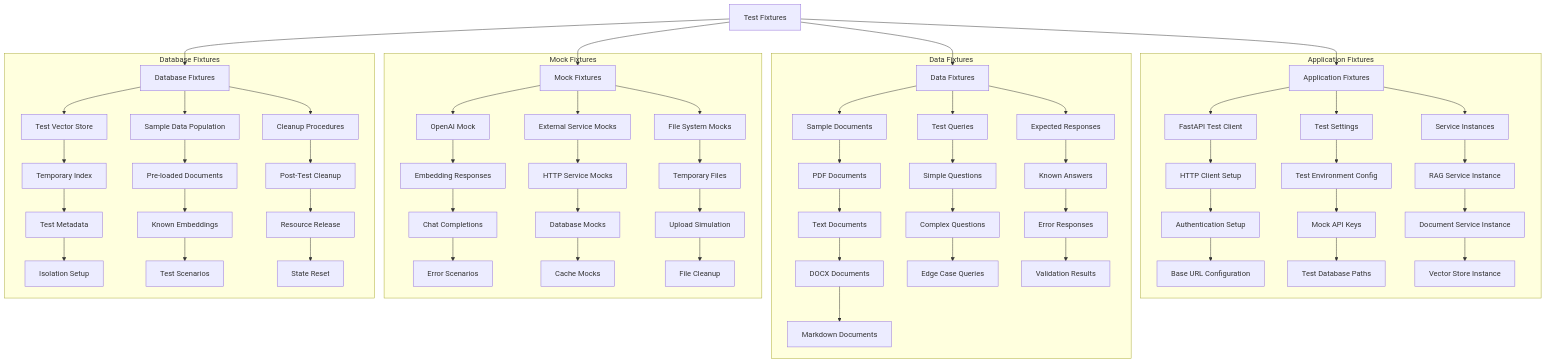
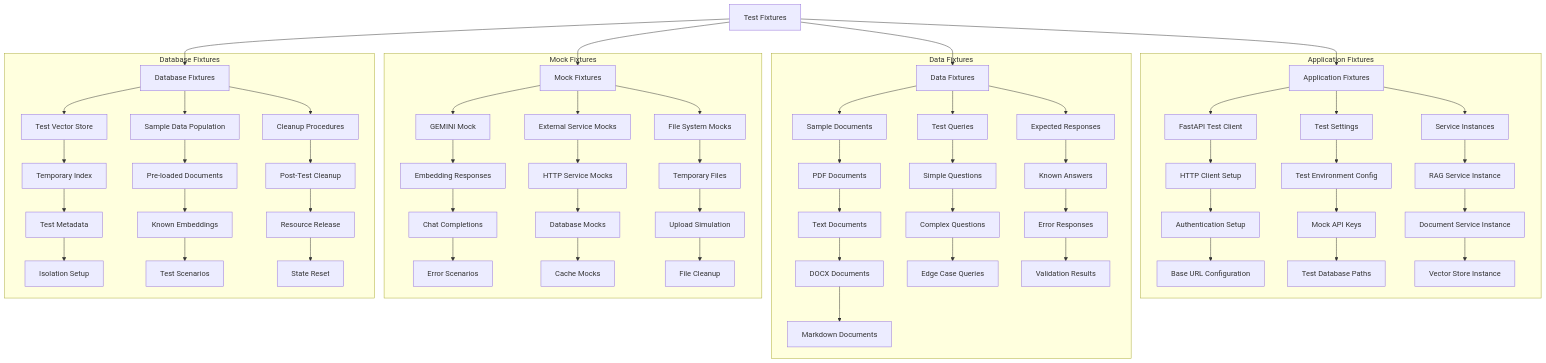
One commit to rahulsamant37/HackRx_Bajaj_Hackathon changed the third of 9 diagrams in docs/diagrams/phase-4-testing-framework-workflow.md. Above: the diagram before and after it, drawn with Mermaid. The commit also changed other lines of this file and 9 other files, not shown here.

````diff
--- a/docs/diagrams/phase-4-testing-framework-workflow.md
+++ b/docs/diagrams/phase-4-testing-framework-workflow.md
@@ -172,80 +172,80 @@
 ```mermaid
 graph TB
     A[Test Fixtures] --> B[Application Fixtures]
     A --> C[Data Fixtures]
     A --> D[Mock Fixtures]
     A --> E[Database Fixtures]
     
     subgraph "Application Fixtures"
         B --> B1[FastAPI Test Client]
         B --> B2[Test Settings]
         B --> B3[Service Instances]
         
         B1 --> B1A[HTTP Client Setup]
         B1A --> B1B[Authentication Setup]
         B1B --> B1C[Base URL Configuration]
         
         B2 --> B2A[Test Environment Config]
         B2A --> B2B[Mock API Keys]
         B2B --> B2C[Test Database Paths]
         
         B3 --> B3A[RAG Service Instance]
         B3A --> B3B[Document Service Instance]
         B3B --> B3C[Vector Store Instance]
     end
     
     subgraph "Data Fixtures"
         C --> C1[Sample Documents]
         C --> C2[Test Queries]
         C --> C3[Expected Responses]
         
         C1 --> C1A[PDF Documents]
         C1A --> C1B[Text Documents]
         C1B --> C1C[DOCX Documents]
         C1C --> C1D[Markdown Documents]
         
         C2 --> C2A[Simple Questions]
         C2A --> C2B[Complex Questions]
         C2B --> C2C[Edge Case Queries]
         
         C3 --> C3A[Known Answers]
         C3A --> C3B[Error Responses]
         C3B --> C3C[Validation Results]
     end
     
     subgraph "Mock Fixtures"
-        D --> D1[OpenAI Mock]
+        D --> D1[GEMINI Mock]
         D --> D2[External Service Mocks]
         D --> D3[File System Mocks]
         
         D1 --> D1A[Embedding Responses]
         D1A --> D1B[Chat Completions]
         D1B --> D1C[Error Scenarios]
         
         D2 --> D2A[HTTP Service Mocks]
         D2A --> D2B[Database Mocks]
         D2B --> D2C[Cache Mocks]
         
         D3 --> D3A[Temporary Files]
         D3A --> D3B[Upload Simulation]
         D3B --> D3C[File Cleanup]
     end
     
     subgraph "Database Fixtures"
         E --> E1[Test Vector Store]
         E --> E2[Sample Data Population]
         E --> E3[Cleanup Procedures]
         
         E1 --> E1A[Temporary Index]
         E1A --> E1B[Test Metadata]
         E1B --> E1C[Isolation Setup]
         
         E2 --> E2A[Pre-loaded Documents]
         E2A --> E2B[Known Embeddings]
         E2B --> E2C[Test Scenarios]
         
         E3 --> E3A[Post-Test Cleanup]
         E3A --> E3B[Resource Release]
         E3B --> E3C[State Reset]
     end
 ```
````
